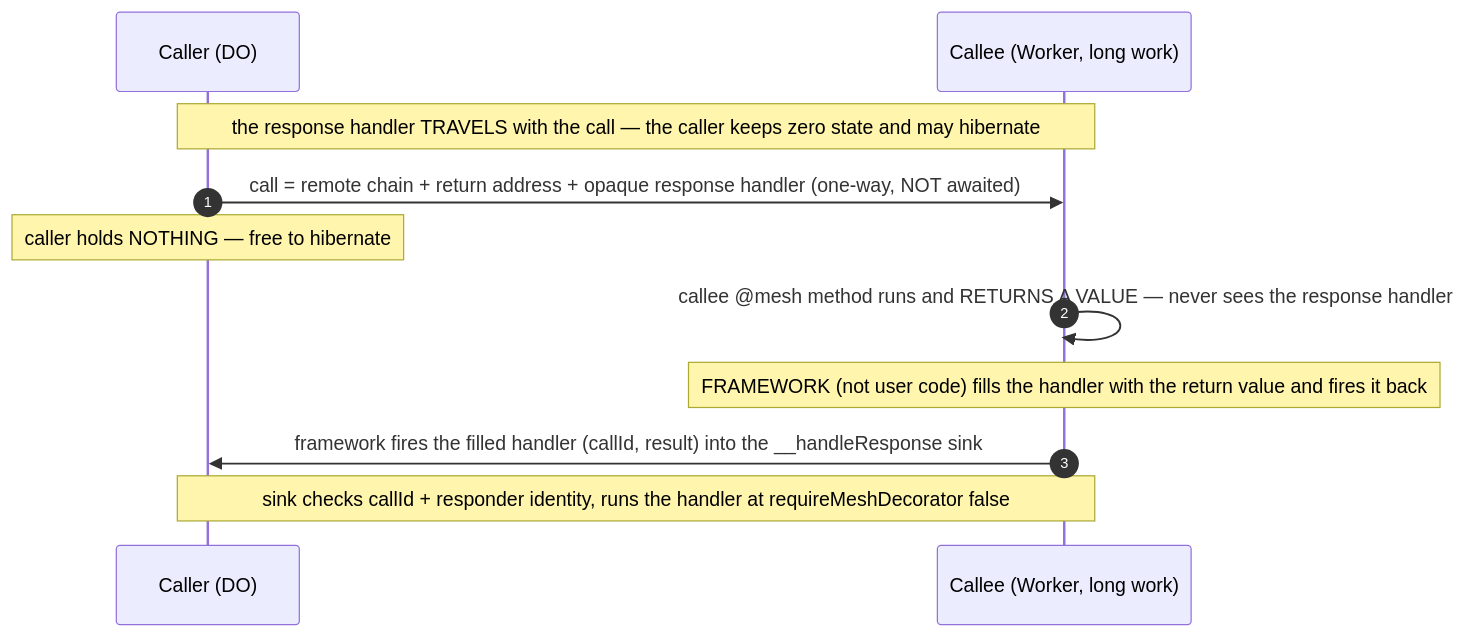
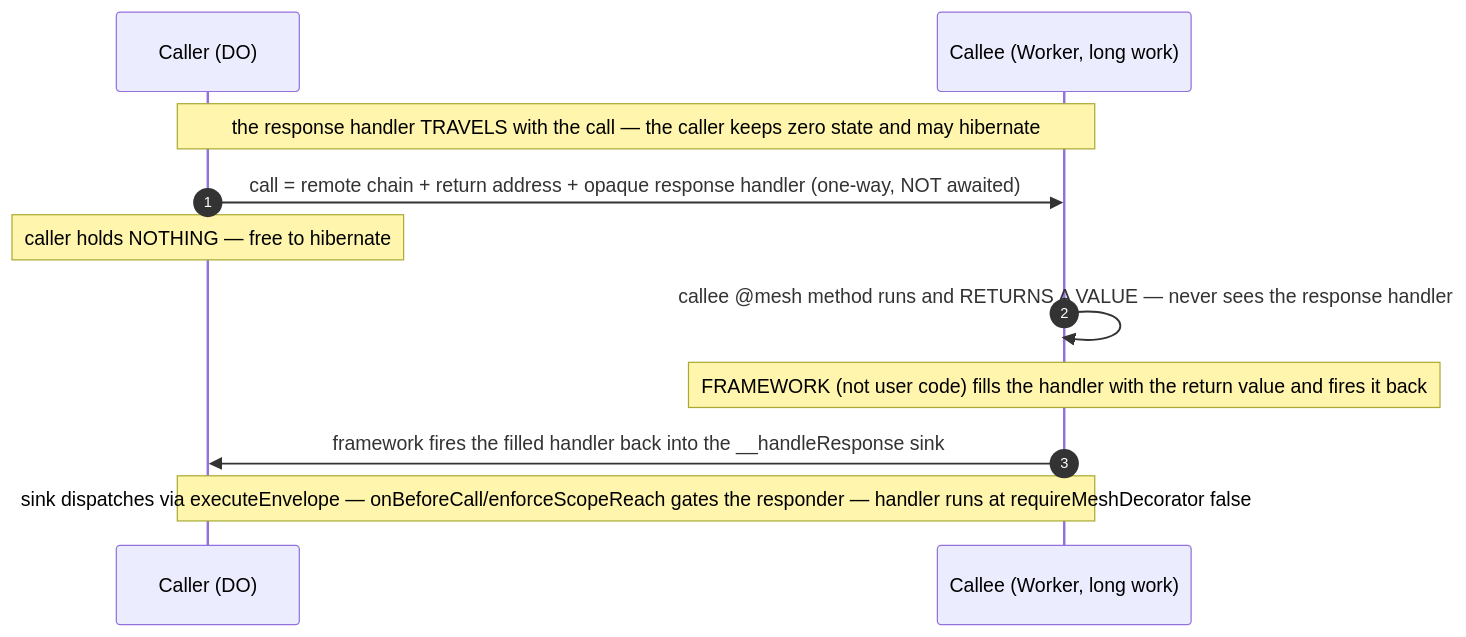
One commit to lumenize/lumenize changed the second of 6 diagrams in tasks/mesh-continuation-only-calls.md. Above: the diagram before and after it, drawn with Mermaid. The commit also changed other lines of this file and 4 other files, not shown here.

````diff
--- a/tasks/mesh-continuation-only-calls.md
+++ b/tasks/mesh-continuation-only-calls.md
@@ -83,13 +92,13 @@
 ```mermaid
 sequenceDiagram
     autonumber
     participant D as Caller (DO)
     participant W as Callee (Worker, long work)
     Note over D,W: the response handler TRAVELS with the call — the caller keeps zero state and may hibernate
     D->>W: call = remote chain + return address + opaque response handler (one-way, NOT awaited)
     Note over D: caller holds NOTHING — free to hibernate
     W->>W: callee @mesh method runs and RETURNS A VALUE — never sees the response handler
     Note over W: FRAMEWORK (not user code) fills the handler with the return value and fires it back
-    W->>D: framework fires the filled handler (callId, result) into the __handleResponse sink
-    Note over D,W: sink checks callId + responder identity, runs the handler at requireMeshDecorator false
+    W->>D: framework fires the filled handler back into the __handleResponse sink
+    Note over D,W: sink dispatches via executeEnvelope — onBeforeCall/enforceScopeReach gates the responder — handler runs at requireMeshDecorator false
 ```
````
